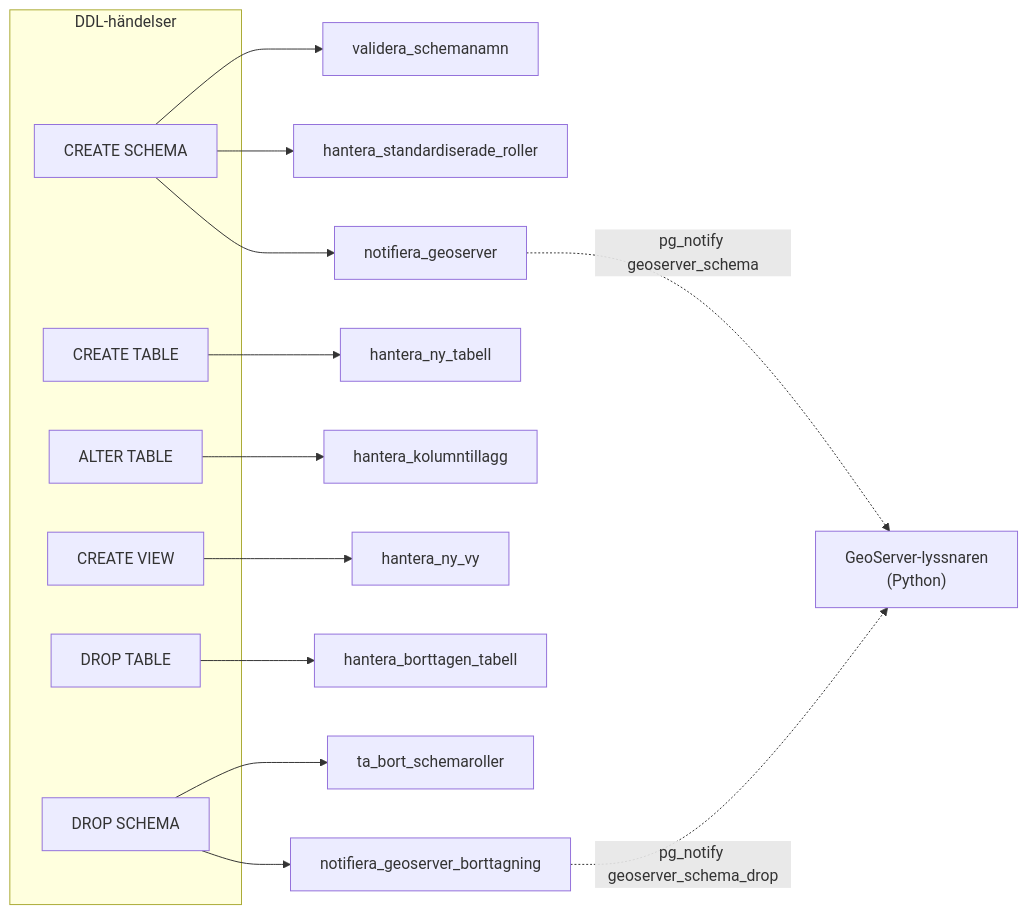
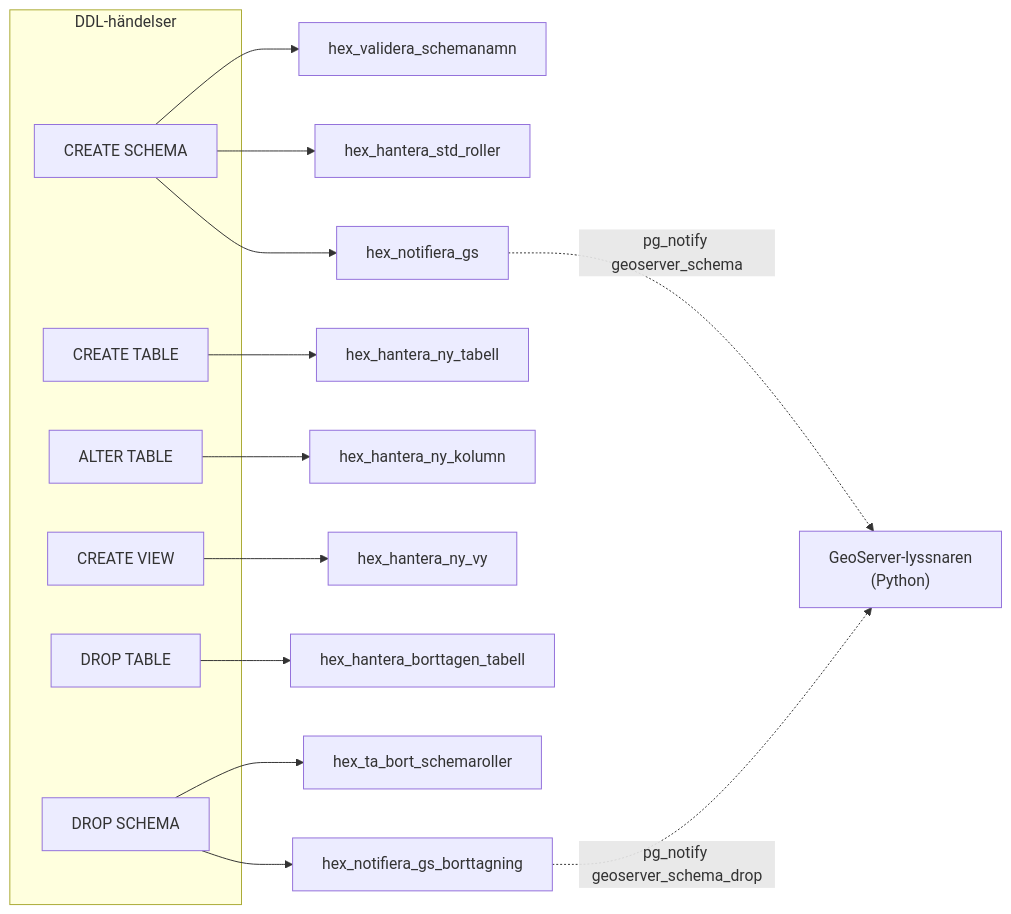
One commit to Geodata-Kungsbacka/Hex changed the first of 9 diagrams in LOGIC_MAP.md. Above: the diagram before and after it, drawn with Mermaid. The commit also changed other lines of this file and 22 other files, not shown here.

````diff
--- a/LOGIC_MAP.md
+++ b/LOGIC_MAP.md
@@ -26,23 +26,23 @@
 ```mermaid
 flowchart LR
     subgraph DDL["DDL-händelser"]
         CS["CREATE SCHEMA"]
         CT["CREATE TABLE"]
         AT["ALTER TABLE"]
         CV["CREATE VIEW"]
         DT["DROP TABLE"]
         DS["DROP SCHEMA"]
     end
 
-    CS --> VS["validera_schemanamn"]
-    CS --> HSR["hantera_standardiserade_roller"]
-    CS --> NG["notifiera_geoserver"]
-    CT --> HNT["hantera_ny_tabell"]
-    AT --> HK["hantera_kolumntillagg"]
-    CV --> HNV["hantera_ny_vy"]
-    DT --> HBT["hantera_borttagen_tabell"]
-    DS --> TBS["ta_bort_schemaroller"]
-    DS --> NGB["notifiera_geoserver_borttagning"]
+    CS --> VS["hex_validera_schemanamn"]
+    CS --> HSR["hex_hantera_std_roller"]
+    CS --> NG["hex_notifiera_gs"]
+    CT --> HNT["hex_hantera_ny_tabell"]
+    AT --> HK["hex_hantera_ny_kolumn"]
+    CV --> HNV["hex_hantera_ny_vy"]
+    DT --> HBT["hex_hantera_borttagen_tabell"]
+    DS --> TBS["hex_ta_bort_schemaroller"]
+    DS --> NGB["hex_notifiera_gs_borttagning"]
     NG  -.->|pg_notify geoserver_schema| GS["GeoServer-lyssnaren<br/>(Python)"]
     NGB -.->|pg_notify geoserver_schema_drop| GS
 ```
````
